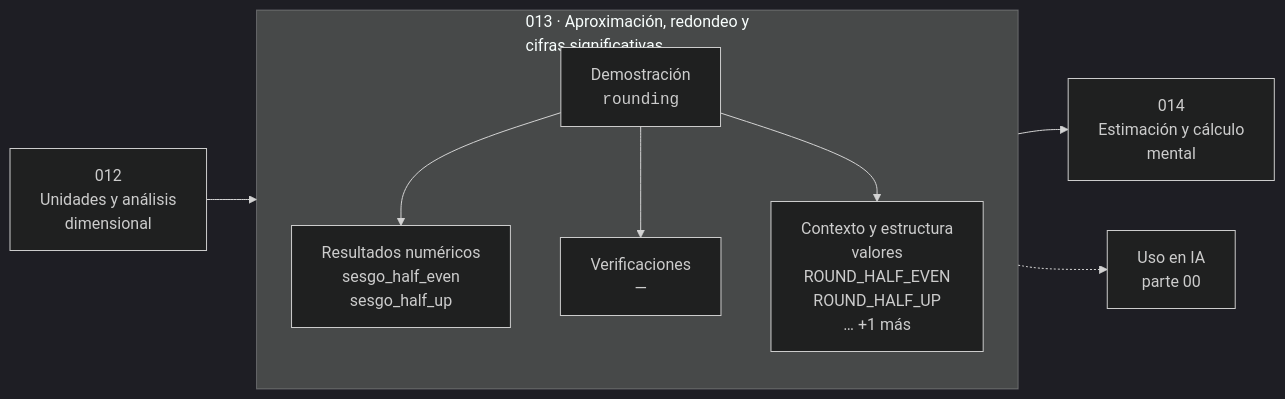
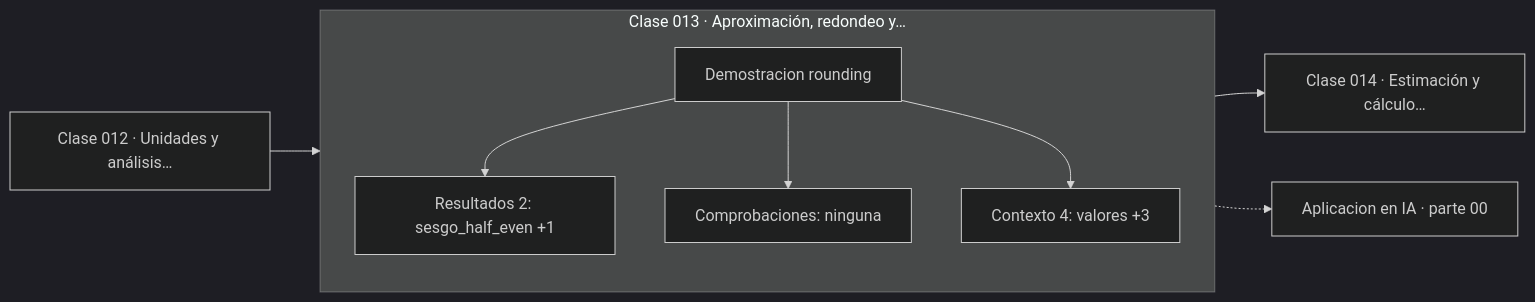
One commit to vladimiracunadev-create/computational-mathematics-program changed the diagram in classes/part-00-pensamiento-matematico-desde-cero/013-aproximacion-redondeo-y-cifras-significativas/README.md. Above: the diagram before and after it, drawn with Mermaid (dark theme). The commit also changed 389 other files, not shown here.

First line of the commit message:
fix(diagramas): elimina el HTML de las etiquetas Mermaid

````diff
--- a/classes/part-00-pensamiento-matematico-desde-cero/013-aproximacion-redondeo-y-cifras-significativas/README.md
+++ b/classes/part-00-pensamiento-matematico-desde-cero/013-aproximacion-redondeo-y-cifras-significativas/README.md
@@ -35,12 +35,13 @@
 ```mermaid
 flowchart LR
-    P["012<br/>Unidades y análisis<br/>dimensional"] --> C
-    subgraph C["013 · Aproximación, redondeo y<br/>cifras significativas"]
+    P["Clase 012 · Unidades y análisis…"] --> D
+    subgraph CLASE["Clase 013 · Aproximación, redondeo y…"]
         direction TB
-        D["Demostración<br/><code>rounding</code>"] --> R["Resultados numéricos<br/>sesgo_half_even<br/>sesgo_half_up"]
-        D --> V["Verificaciones<br/>—"]
-        D --> O["Contexto y estructura<br/>valores<br/>ROUND_HALF_EVEN<br/>ROUND_HALF_UP<br/>… +1 más"]
+        D["Demostracion rounding"]
+        D --> R["Resultados 2: sesgo_half_even +1"]
+        D --> V["Comprobaciones: ninguna"]
+        D --> O["Contexto 4: valores +3"]
     end
-    C --> N["014<br/>Estimación y cálculo<br/>mental"]
-    C -.-> IA["Uso en IA<br/>parte 00"]
+    R --> N["Clase 014 · Estimación y cálculo…"]
+    V -.-> IA["Aplicacion en IA · parte 00"]
 ```
````
